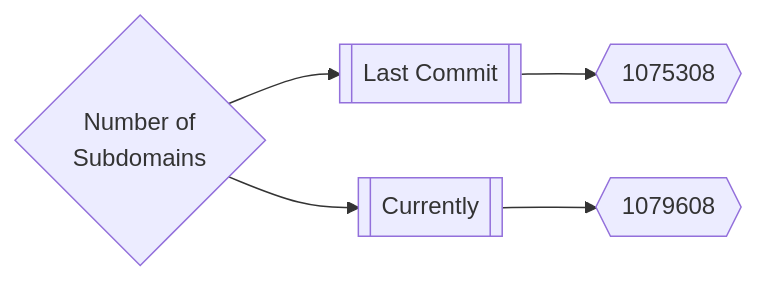
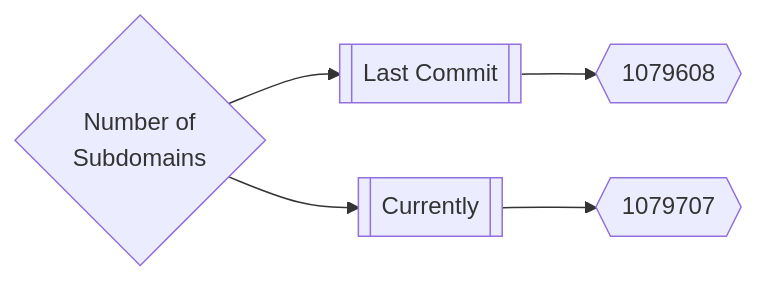
Before and after one commit to trickest/inventory: the first of 3 diagrams in README.md, drawn with Mermaid. The commit also changed 9 other files, not shown here.

````diff
--- a/README.md
+++ b/README.md
@@ -165,5 +165,5 @@
 ```mermaid
 graph LR
-title{Number of<br>Subdomains} --> subdomainsDate1[[Last Commit]] --> subdomainsNum1{{1075308}}
-title --> subdomainsDate2[[Currently]] --> subdomainsNum2{{1079608}}
+title{Number of<br>Subdomains} --> subdomainsDate1[[Last Commit]] --> subdomainsNum1{{1079608}}
+title --> subdomainsDate2[[Currently]] --> subdomainsNum2{{1079707}}
 ```
````
